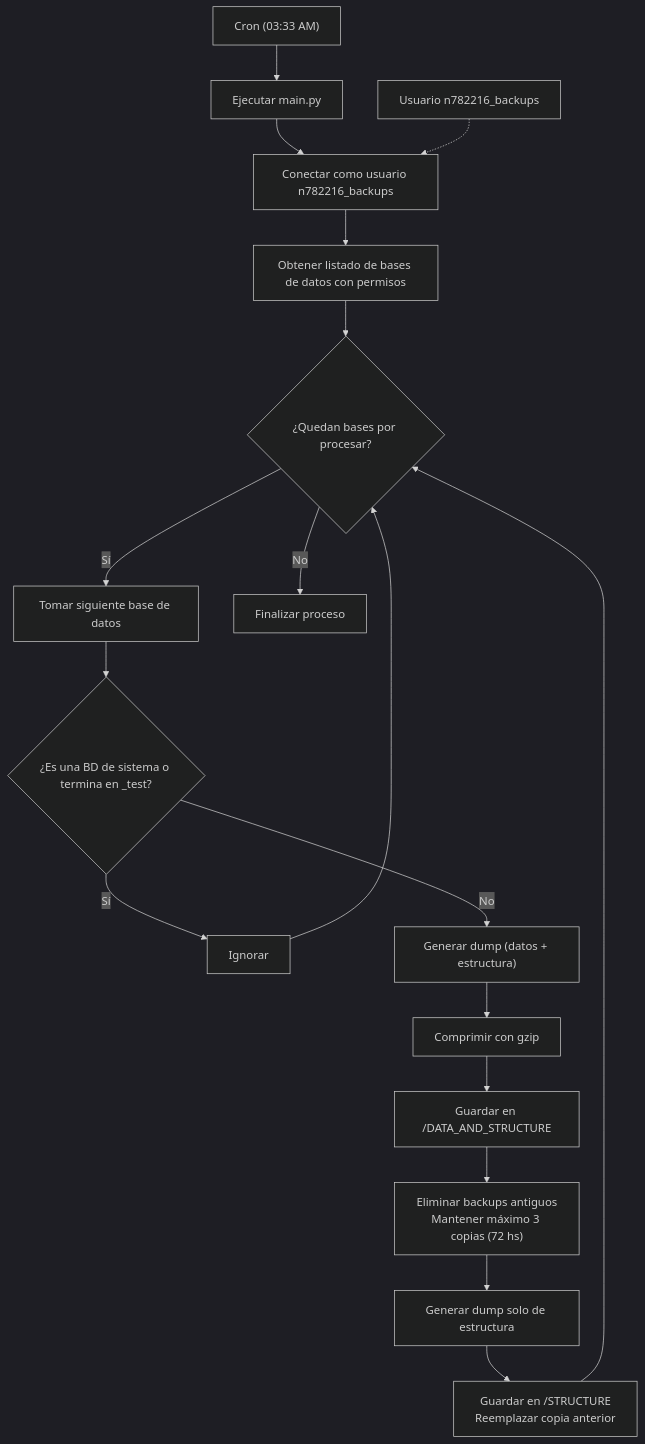
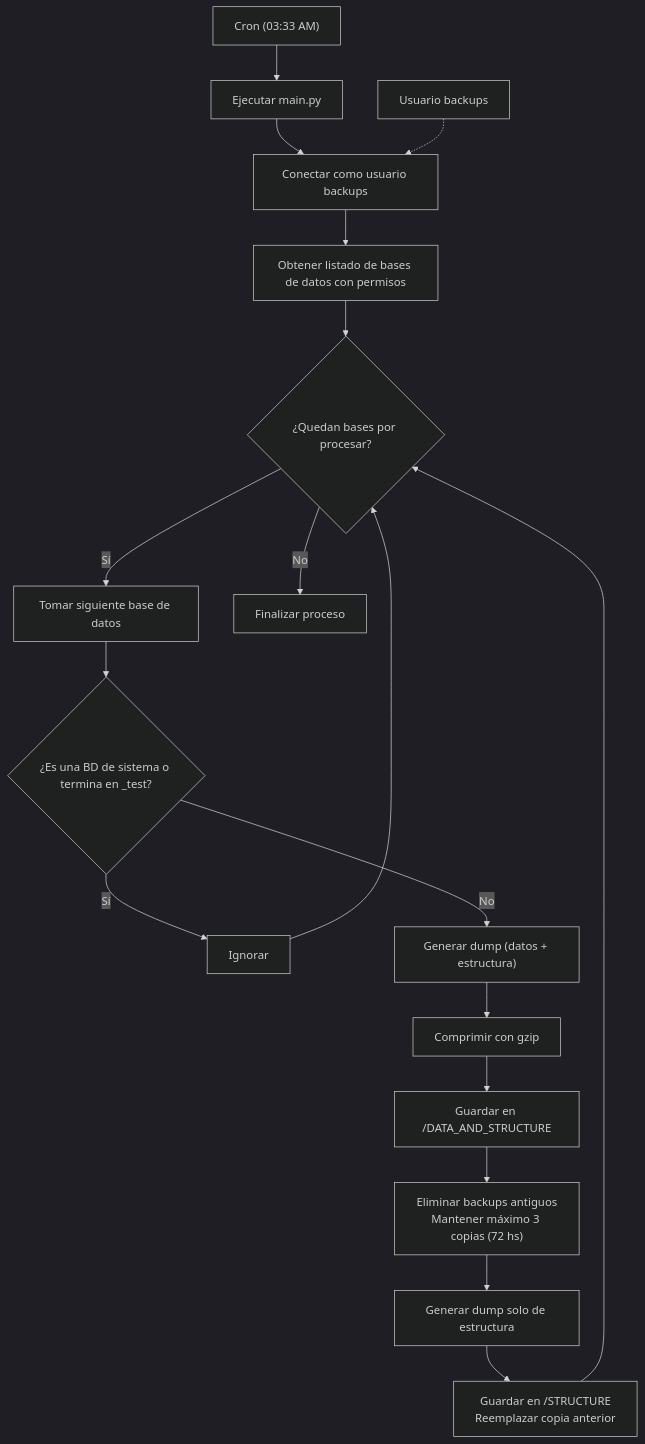
Before and after one commit to Cristian021195/cron-mariadb-dump-gz: the diagram in POLITICA_BACKUPS_AUTOMATICOS.md, drawn with Mermaid (dark theme). The commit also changed other lines of this file and 5 other files, not shown here.

````diff
--- a/POLITICA_BACKUPS_AUTOMATICOS.md
+++ b/POLITICA_BACKUPS_AUTOMATICOS.md
@@ -19,29 +19,29 @@
 ```mermaid
 flowchart TD
 
     A["Cron (03:33 AM)"] --> B["Ejecutar main.py"]
-    B --> C["Conectar como usuario n782216_backups"]
+    B --> C["Conectar como usuario backups"]
     C --> D["Obtener listado de bases de datos con permisos"]
 
     D --> E{"¿Quedan bases por procesar?"}
 
     E -->|Sí| F["Tomar siguiente base de datos"]
     F --> G{"¿Es una BD de sistema o termina en _test?"}
 
     G -->|Sí| H["Ignorar"]
     H --> E
 
     G -->|No| I["Generar dump (datos + estructura)"]
     I --> J["Comprimir con gzip"]
     J --> K["Guardar en /DATA_AND_STRUCTURE"]
     K --> L["Eliminar backups antiguos\nMantener máximo 3 copias (72 hs)"]
 
     L --> M["Generar dump solo de estructura"]
     M --> N["Guardar en /STRUCTURE\nReemplazar copia anterior"]
 
     N --> E
 
     E -->|No| O["Finalizar proceso"]
 
-    P["Usuario n782216_backups"] -.-> C
+    P["Usuario backups"] -.-> C
 ```
````
